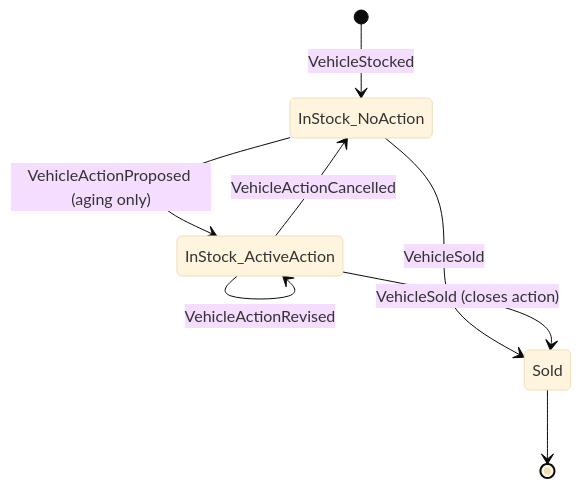
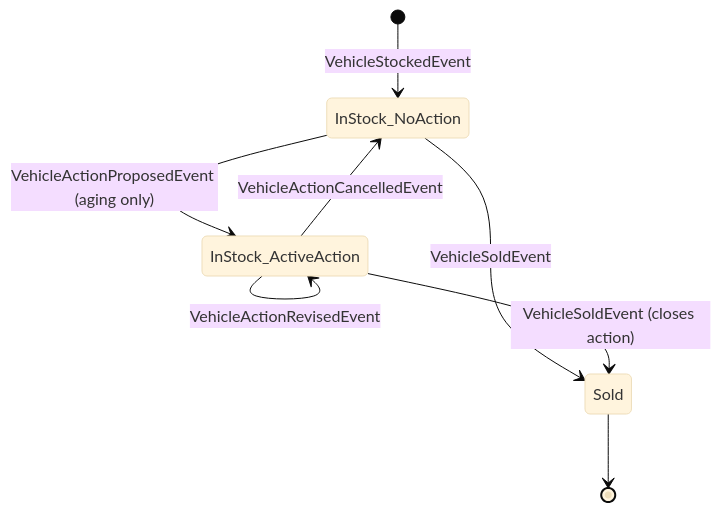
The diagram in docs/03-domain-model.md (bhtoan2204/keyloop-coding-challenge), drawn with Mermaid (base theme) before and after one commit. The commit also changed other lines of this file and 26 other files, not shown here.

````diff
--- a/docs/03-domain-model.md
+++ b/docs/03-domain-model.md
@@ -88,10 +103,10 @@
 ```mermaid
 stateDiagram-v2
-  [*] --> InStock_NoAction: VehicleStocked
-  InStock_NoAction --> InStock_ActiveAction: VehicleActionProposed (aging only)
-  InStock_ActiveAction --> InStock_ActiveAction: VehicleActionRevised
-  InStock_ActiveAction --> InStock_NoAction: VehicleActionCancelled
-  InStock_NoAction --> Sold: VehicleSold
-  InStock_ActiveAction --> Sold: VehicleSold (closes action)
+  [*] --> InStock_NoAction: VehicleStockedEvent
+  InStock_NoAction --> InStock_ActiveAction: VehicleActionProposedEvent (aging only)
+  InStock_ActiveAction --> InStock_ActiveAction: VehicleActionRevisedEvent
+  InStock_ActiveAction --> InStock_NoAction: VehicleActionCancelledEvent
+  InStock_NoAction --> Sold: VehicleSoldEvent
+  InStock_ActiveAction --> Sold: VehicleSoldEvent (closes action)
   Sold --> [*]
 ```
````
